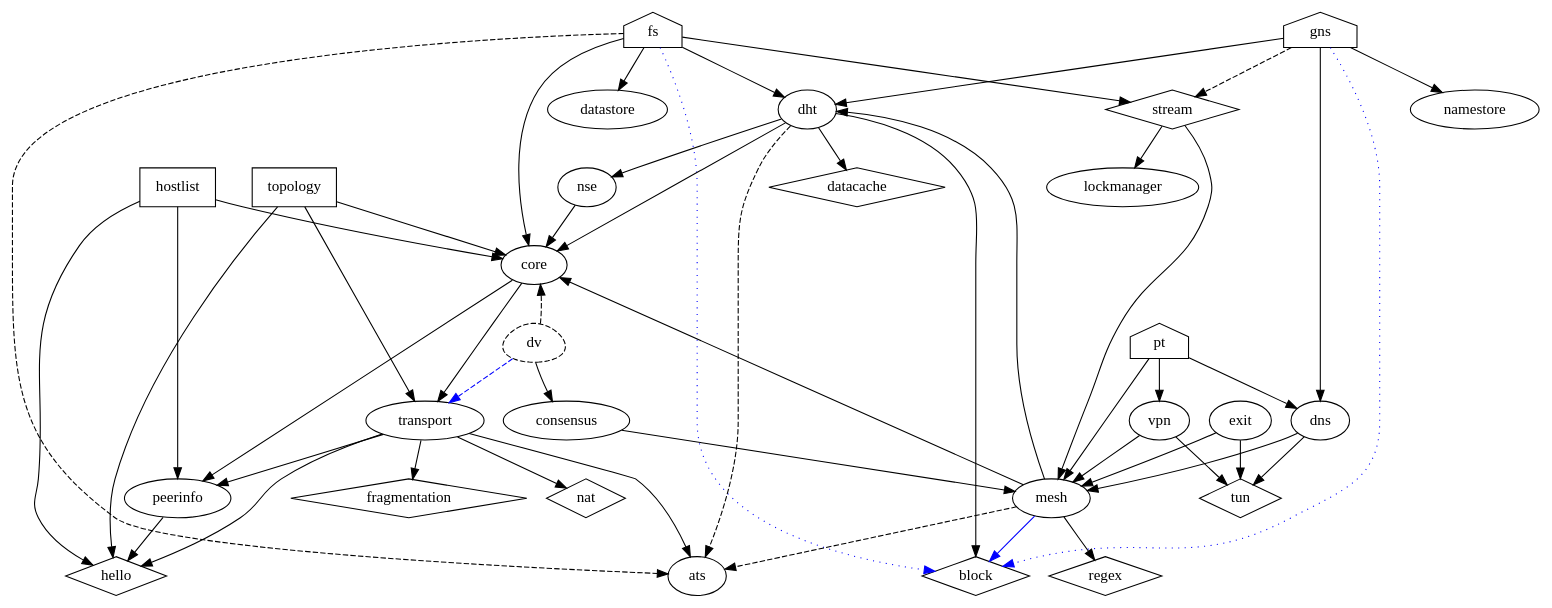
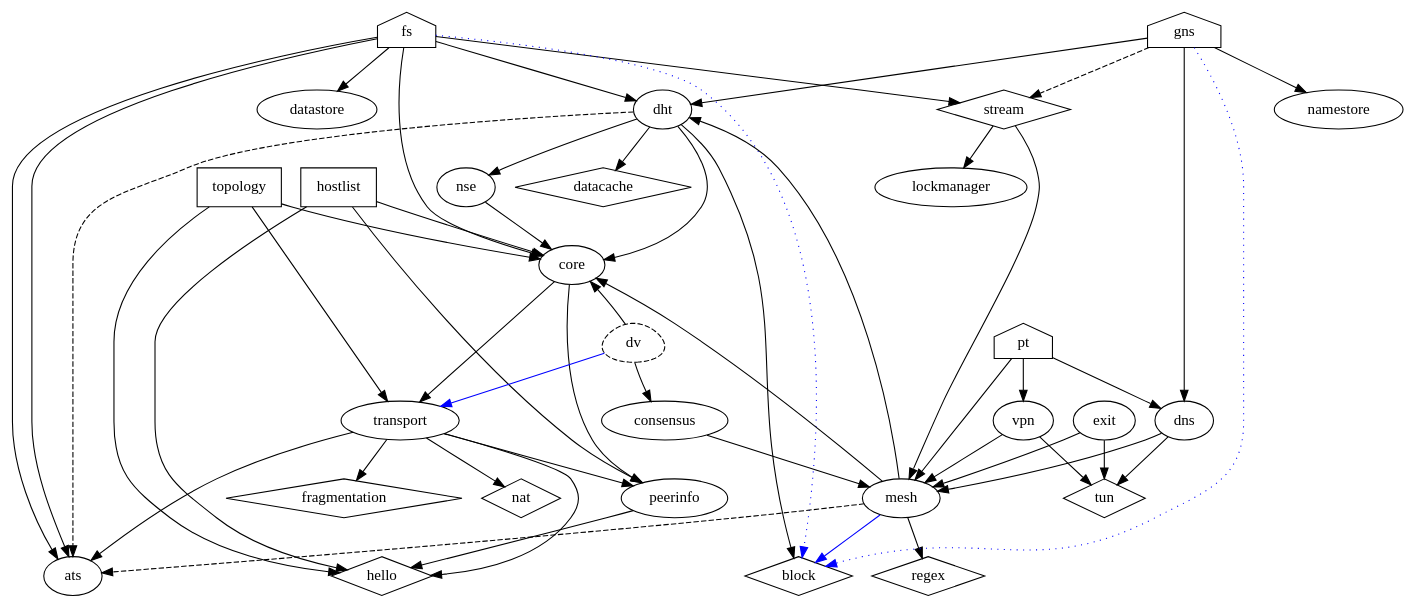
One commit to GNUnet-Mirror/GNUnet changed the diagram in doc/structure.dot. Above: the diagram before and after it, drawn with Graphviz. The commit also changed 1 other file, not shown here.

```diff
--- a/doc/structure.dot
+++ b/doc/structure.dot
@@ -1,107 +1,108 @@
 // house = application
 // circle (default) = service
 // box = daemon
 // diamond = library
 // black line = dependency
 // blue line = extension via plugin
 // dashed = in planning
 
 digraph dependencies {
 splines = true;
 
   fs [shape=house];
   fs -> dht;
   fs -> core;
   fs -> datastore;
   fs -> stream;
-  fs -> ats [style=dashed];
+  fs -> ats;
   fs -> block [style=dotted,color=blue];
   exit -> mesh;
   exit -> tun;
   vpn -> mesh;
   vpn -> tun;
   pt [shape=house];
   pt -> mesh;
   pt -> vpn;
   pt -> dns;
   dns -> mesh;
   dns -> tun;
   gns [shape=house];
   gns -> namestore;
   gns -> dns;
   gns -> dht;
   gns -> stream [style=dashed];
   gns -> block [style=dotted,color=blue];
 //  psycd [style=dashed,shape=house];
 //  psycd -> mesh [style=dashed];
   stream [shape=diamond];
   stream -> mesh;
   stream -> lockmanager;
   dht -> core;
   dht -> nse;
   dht -> block;
   dht -> datacache;
   dht -> ats [style=dashed];
   nse -> core;
   block [shape=diamond];
   datacache [shape=diamond];
   mesh -> core [weight=2];
   mesh -> dht;
   mesh -> regex;
   mesh -> block [color=blue];
   mesh -> ats [style=dashed];
   regex [shape=diamond];
   core -> transport;
   core -> peerinfo;
   topology [shape=box];
   topology -> transport;
   topology -> core;
   topology -> hello;
   hostlist [shape=box];
   hostlist -> core;
   hostlist -> peerinfo;
   hostlist -> hello;
   transport -> ats;
   transport -> hello;	  
   transport -> peerinfo;
   transport -> nat;
   transport -> fragmentation;
   dv [style=dashed,shape=egg,layer=core];
-  dv -> transport [style=dashed,color=blue];
-  dv -> core [style=dashed];
+  dv -> transport [color=blue];
+  dv -> core;
+  fs -> ats;
   dv -> consensus;
   consensus -> dv [style=invis]; // force dv below consensus
   consensus -> mesh;
   core -> dv [style=invis]; // force dv below core
   peerinfo -> hello;
   fragmentation [shape=diamond];
   hello [shape=diamond];
   nat [shape=diamond];
   tun [shape=diamond];
 
   subgraph STREAM {
     stream; lockmanager;
   }
   subgraph DHT {
     dht; nse; datacache; block;
   }
   subgraph MESH {
     mesh; regex;
   }
   subgraph TRANSPORT {
     transport; dv; peerinfo; hello; nat; ats;
   }
   subgraph CORE {
     core; hostlist; topology;
   }
   subgraph FS {
     fs; datastore;
   }
   subgraph GNS {
     gns; namestore;
   }
   subgraph VPN {
     vpn; pt; exit;
   }
 
 }
```
